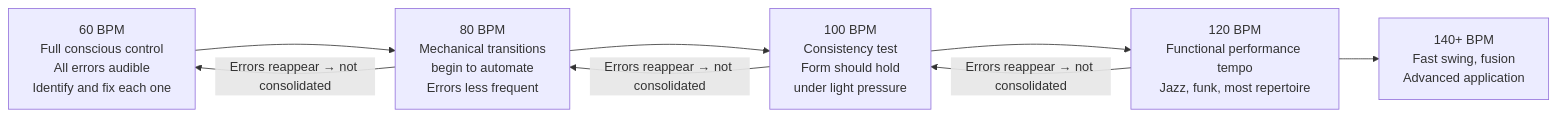
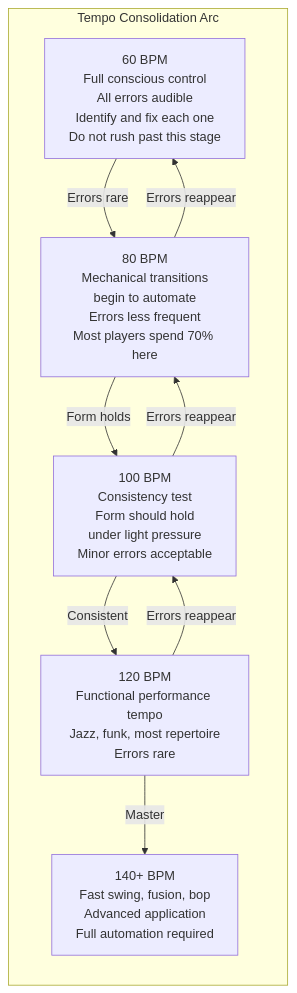
The fifth of 5 diagrams in topics/arts/music_performance/bass_guitar/labs.md (blebleblee/synapse), drawn with Mermaid before and after one commit. The commit also changed other lines of this file and 4 other files, not shown here.

````diff
--- a/topics/arts/music_performance/bass_guitar/labs.md
+++ b/topics/arts/music_performance/bass_guitar/labs.md
@@ -594,11 +804,18 @@
 ```mermaid
 graph LR
-    A["60 BPM\nFull conscious control\nAll errors audible\nIdentify and fix each one"] --> B["80 BPM\nMechanical transitions\nbegin to automate\nErrors less frequent"]
-    B --> C["100 BPM\nConsistency test\nForm should hold\nunder light pressure"]
-    C --> D["120 BPM\nFunctional performance tempo\nJazz, funk, most repertoire"]
-    D --> E["140+ BPM\nFast swing, fusion\nAdvanced application"]
+    subgraph sub_tempo ["Tempo Consolidation Arc"]
+        A["60 BPM\nFull conscious control\nAll errors audible\nIdentify and fix each one\nDo not rush past this stage"]
+        B["80 BPM\nMechanical transitions\nbegin to automate\nErrors less frequent\nMost players spend 70% here"]
+        C["100 BPM\nConsistency test\nForm should hold\nunder light pressure\nMinor errors acceptable"]
+        D["120 BPM\nFunctional performance tempo\nJazz, funk, most repertoire\nErrors rare"]
+        E["140+ BPM\nFast swing, fusion, bop\nAdvanced application\nFull automation required"]
+    end
 
-    B -->|"Errors reappear → not consolidated"| A
-    C -->|"Errors reappear → not consolidated"| B
-    D -->|"Errors reappear → not consolidated"| C
+    A -->|"Errors rare"| B
+    B -->|"Form holds"| C
+    C -->|"Consistent"| D
+    D -->|"Master"| E
+    B -->|"Errors reappear"| A
+    C -->|"Errors reappear"| B
+    D -->|"Errors reappear"| C
 ```
````
